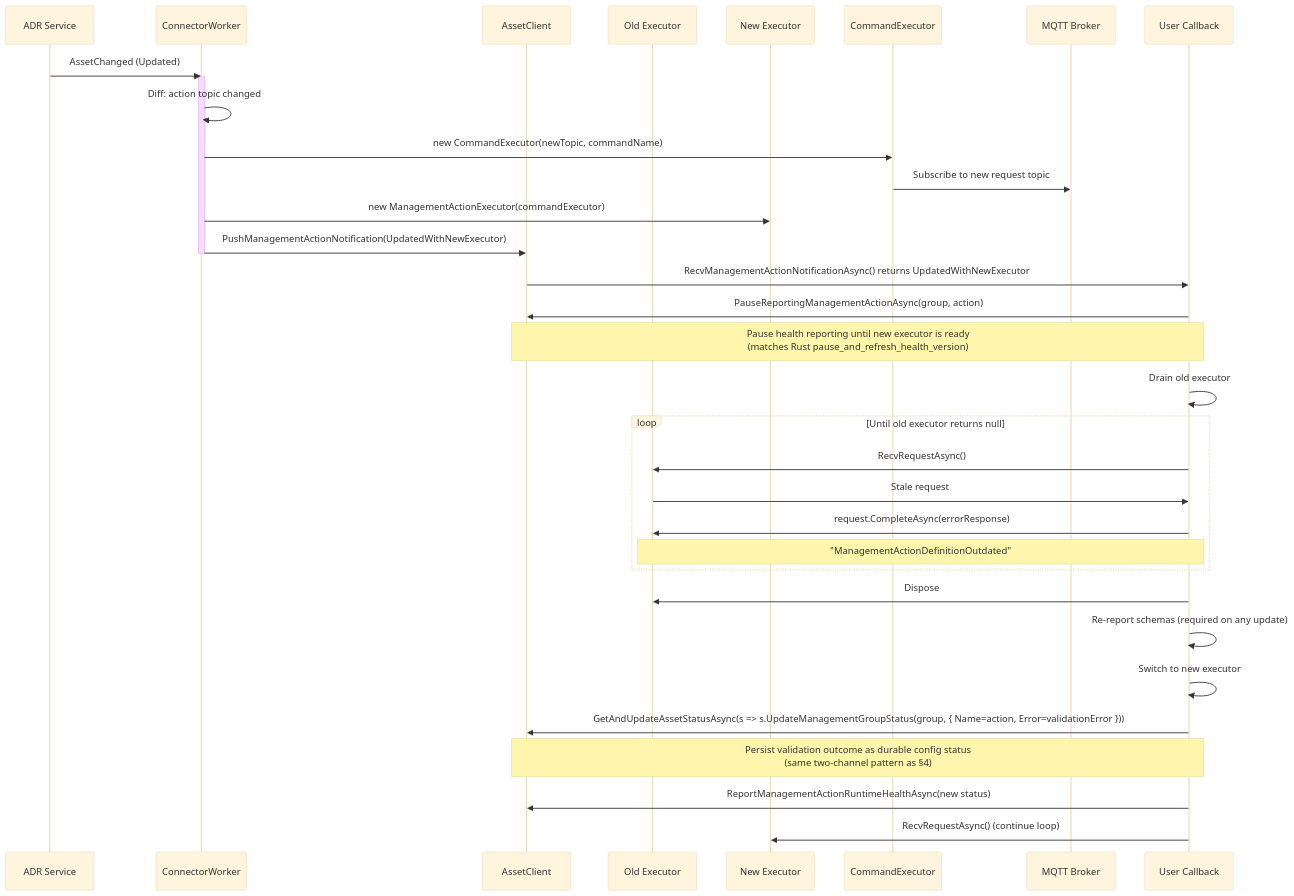
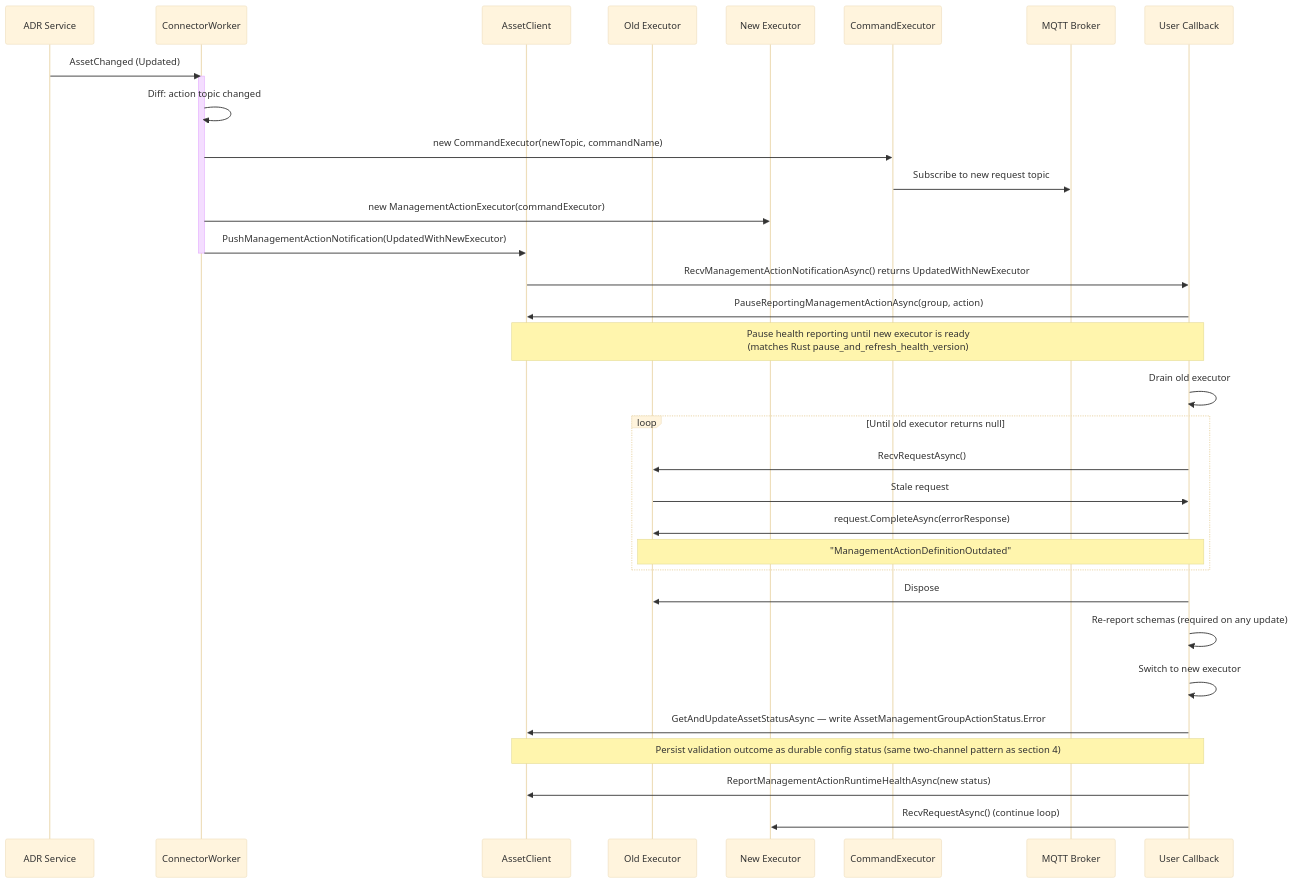
The seventh of 10 diagrams in doc/dev/tmp/management-action-implementation-design.md (Azure/iot-operations-sdks), drawn with Mermaid (base theme) before and after one commit. The commit also changed other lines of this file, not shown here.

Commit message:
diagram syntax fixed

````diff
--- a/doc/dev/tmp/management-action-implementation-design.md
+++ b/doc/dev/tmp/management-action-implementation-design.md
@@ -734,42 +734,42 @@
 ```mermaid
 sequenceDiagram
     participant ADR as ADR Service
     participant CW as ConnectorWorker
     participant AC as AssetClient
     participant MAE_old as Old Executor
     participant MAE_new as New Executor
     participant CE as CommandExecutor
     participant MQTT as MQTT Broker
     participant User as User Callback
 
     ADR->>CW: AssetChanged (Updated)
     activate CW
     CW->>CW: Diff: action topic changed
 
     CW->>CE: new CommandExecutor(newTopic, commandName)
     CE->>MQTT: Subscribe to new request topic
     CW->>MAE_new: new ManagementActionExecutor(commandExecutor)
 
     CW->>AC: PushManagementActionNotification(UpdatedWithNewExecutor)
     deactivate CW
     AC->>User: RecvManagementActionNotificationAsync() returns UpdatedWithNewExecutor
 
     User->>AC: PauseReportingManagementActionAsync(group, action)
     Note over User,AC: Pause health reporting until new executor is ready<br/>(matches Rust pause_and_refresh_health_version)
 
     User->>User: Drain old executor
     loop Until old executor returns null
         User->>MAE_old: RecvRequestAsync()
         MAE_old->>User: Stale request
         User->>MAE_old: request.CompleteAsync(errorResponse)
         Note over User,MAE_old: "ManagementActionDefinitionOutdated"
     end
     User->>MAE_old: Dispose
 
     User->>User: Re-report schemas (required on any update)
     User->>User: Switch to new executor
-    User->>AC: GetAndUpdateAssetStatusAsync(s => s.UpdateManagementGroupStatus(group, { Name=action, Error=validationError }))
-    Note over User,AC: Persist validation outcome as durable config status<br/>(same two-channel pattern as §4)
+    User->>AC: GetAndUpdateAssetStatusAsync — write AssetManagementGroupActionStatus.Error
+    Note over User,AC: Persist validation outcome as durable config status (same two-channel pattern as section 4)
     User->>AC: ReportManagementActionRuntimeHealthAsync(new status)
     User->>MAE_new: RecvRequestAsync() (continue loop)
 ```
````
